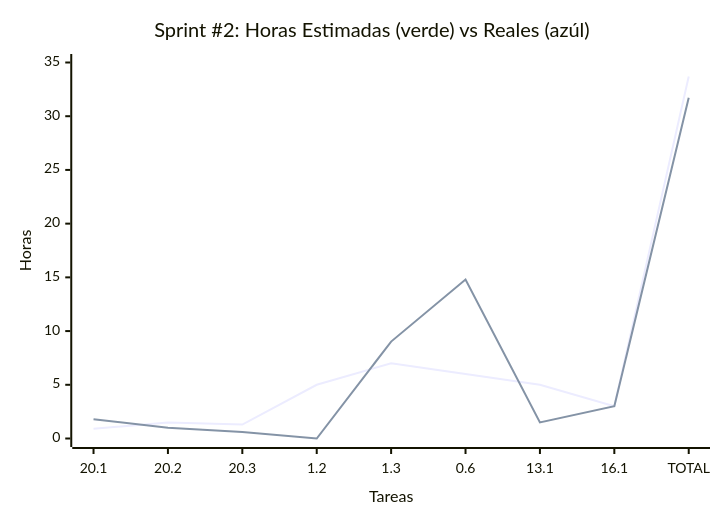
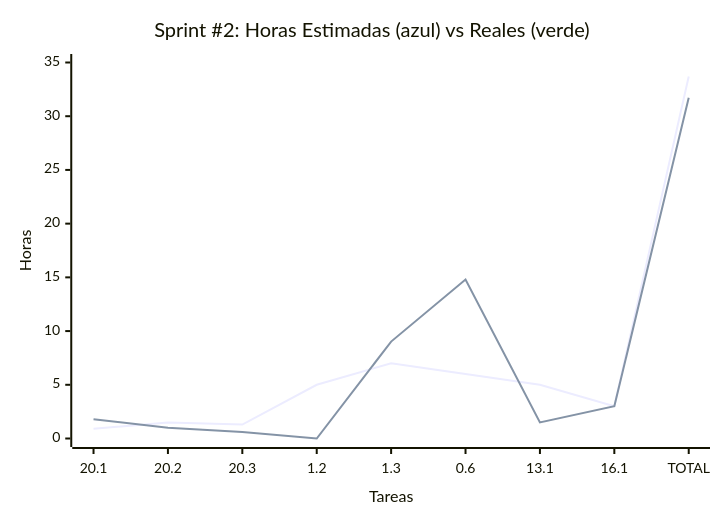
Before and after one commit to MarkMed/FleetMan: the second of 2 diagrams in docs/SprintsPlanning.md, drawn with Mermaid. The commit also changed other lines of this file, not shown here.

Commit message:
fix: Correct color labels in sprint charts for accurate visual representation

````diff
--- a/docs/SprintsPlanning.md
+++ b/docs/SprintsPlanning.md
@@ -91,12 +91,12 @@
 ```mermaid
 xychart-beta
-    title "Sprint #2: Horas Estimadas #40;verde#41; vs Reales #40;azúl#41;"
+    title "Sprint #2: Horas Estimadas #40;azul#41; vs Reales #40;verde#41;"
     x-axis "Tareas" ["20.1", "20.2", "20.3", "1.2", "1.3", "0.6", "13.1", "16.1", "TOTAL"]
     y-axis "Horas" 0 --> 35
 	
-	%% Black line
+	%% Green line
     line [0.9, 1.5, 1.3, 5, 7, 6, 5, 3, 33.7]
 
-	%% Green line
+	%% Black line
     line [1.8, 1, 0.6, 0, 9.02, 14.8, 1.5, 3, 31.72]
 ```
````
